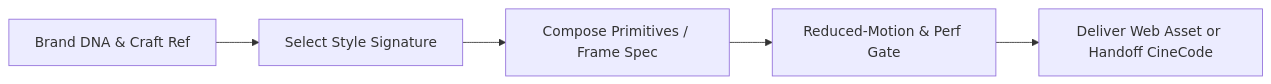
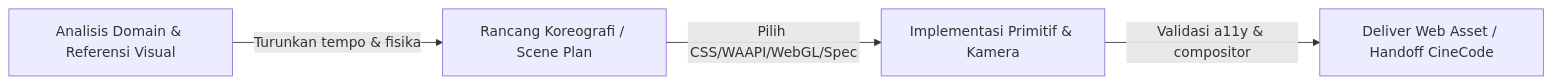
One commit to giriedu/maxilun changed the diagram in skills/maxilun-motion/SKILL.md. Above: the diagram before and after it, drawn with Mermaid. The commit also changed other lines of this file and 41 other files, not shown here.

Commit message:
feat(ecosystem): decision architecture overhaul, anti-monoculture & tooling parity

````diff
--- a/skills/maxilun-motion/SKILL.md
+++ b/skills/maxilun-motion/SKILL.md
@@ -77,7 +67,6 @@
 ```mermaid
 flowchart LR
-    A[Brand DNA & Craft Ref] --> B[Select Style Signature]
-    B --> C[Compose Primitives / Frame Spec]
-    C --> D[Reduced-Motion & Perf Gate]
-    D --> E[Deliver Web Asset or Handoff CineCode]
+    A["Analisis Domain & Referensi Visual"] -->|Turunkan tempo & fisika| B["Rancang Koreografi / Scene Plan"]
+    B -->|Pilih CSS/WAAPI/WebGL/Spec| C["Implementasi Primitif & Kamera"]
+    C -->|Validasi a11y & compositor| D["Deliver Web Asset / Handoff CineCode"]
 ```
````
